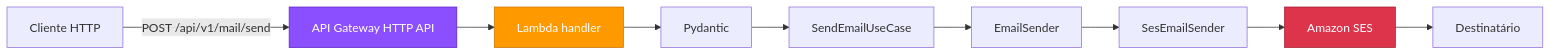
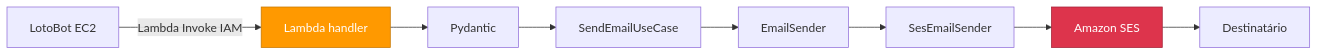
The diagram in README.md (cams7-ai/mail-sender-aws), drawn with Mermaid before and after one commit. The commit also changed other lines of this file and 6 other files, not shown here.

````diff
--- a/README.md
+++ b/README.md
@@ -47,15 +47,13 @@
 ```mermaid
 flowchart LR
-    C[Cliente HTTP] -->|POST /api/v1/mail/send| API[API Gateway HTTP API]
-    API --> LH[Lambda handler]
+    C[LotoBot EC2] -->|Lambda Invoke IAM| LH[Lambda handler]
     LH --> P[Pydantic]
     P --> UC[SendEmailUseCase]
     UC --> PORT[EmailSender]
     PORT --> SES[SesEmailSender]
     SES --> AWSSES[Amazon SES]
     AWSSES --> D[Destinatário]
 
-    style API fill:#8C4FFF,stroke:#5A23C8,color:#fff
     style LH fill:#FF9900,stroke:#C77700,color:#fff
     style AWSSES fill:#DD344C,stroke:#A51F35,color:#fff
 ```
````
